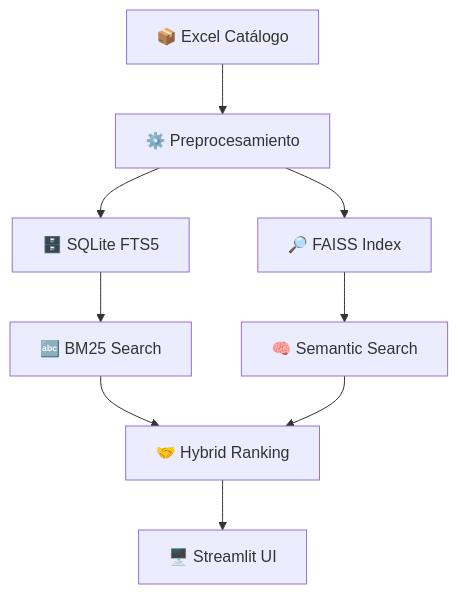
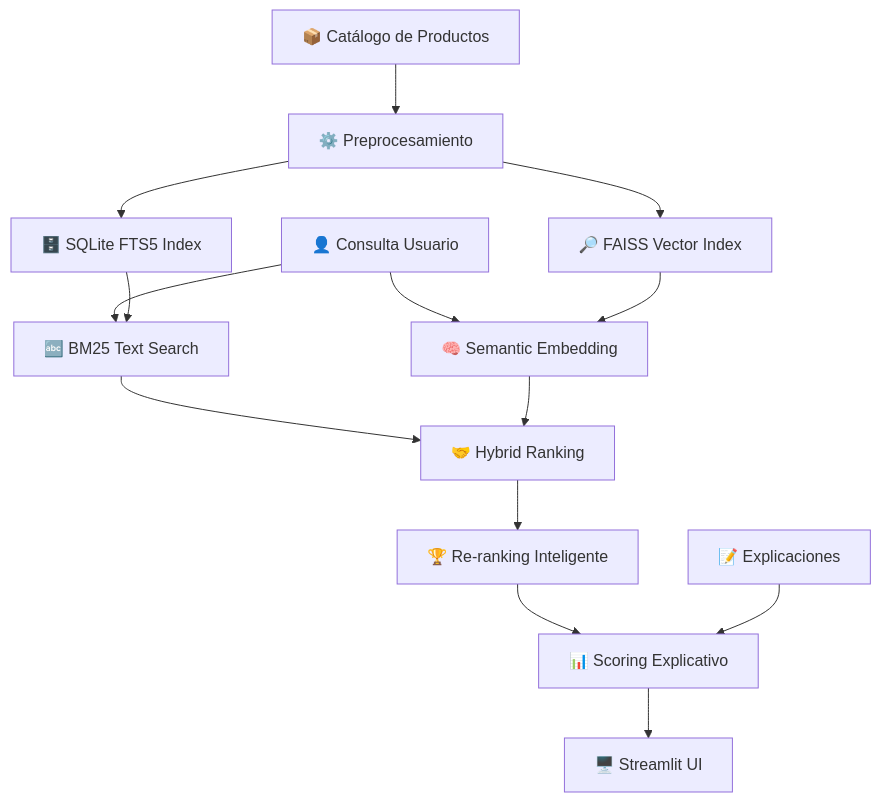
One commit to Astharmin/Semantic_ProyectTracker changed the diagram in README.md. Above: the diagram before and after it, drawn with Mermaid. The commit also changed other lines of this file, not shown here.

````diff
--- a/README.md
+++ b/README.md
@@ -38,11 +87,21 @@
 ```mermaid
 graph TD
-    A[📦 Excel Catálogo] --> B[⚙️ Preprocesamiento]
-    B --> C[🗄️ SQLite FTS5]
-    B --> D[🔎 FAISS Index]
-    C --> E[🔤 BM25 Search]
-    D --> F[🧠 Semantic Search]
-    E --> G[🤝 Hybrid Ranking]
-    F --> G
-    G --> H[🖥️ Streamlit UI]
+    A[📦 Catálogo de Productos] --> B[⚙️ Preprocesamiento]
+    B --> C[🗄️ SQLite FTS5 Index]
+    B --> D[🔎 FAISS Vector Index]
+    
+    E[👤 Consulta Usuario] --> F[🔤 BM25 Text Search]
+    E --> G[🧠 Semantic Embedding]
+    
+    C --> F
+    D --> G
+    
+    F --> H[🤝 Hybrid Ranking]
+    G --> H
+    
+    H --> I[🏆 Re-ranking Inteligente]
+    I --> J[📊 Scoring Explicativo]
+    J --> K[🖥️ Streamlit UI]
+    
+    L[📝 Explicaciones] --> J
 ```
````
